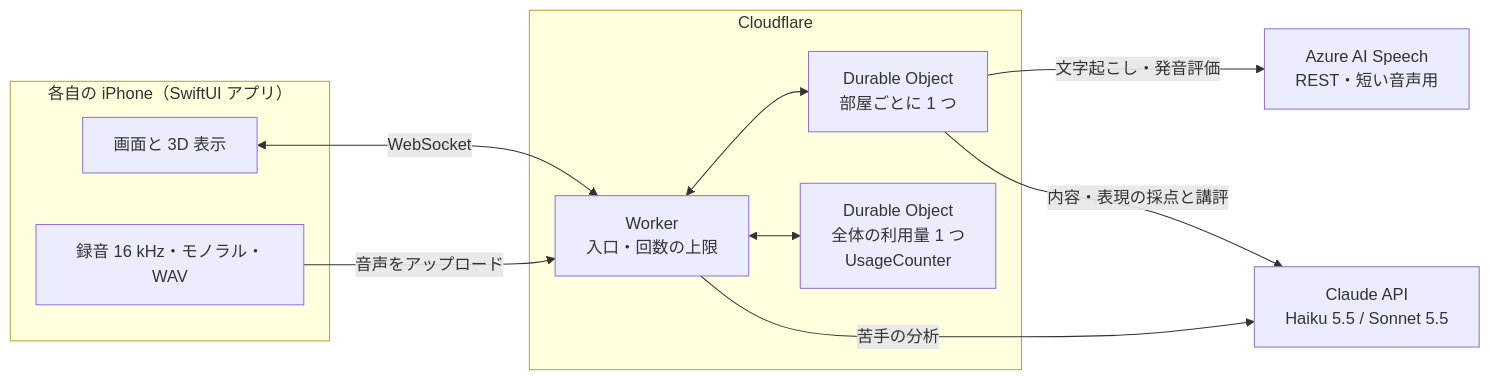
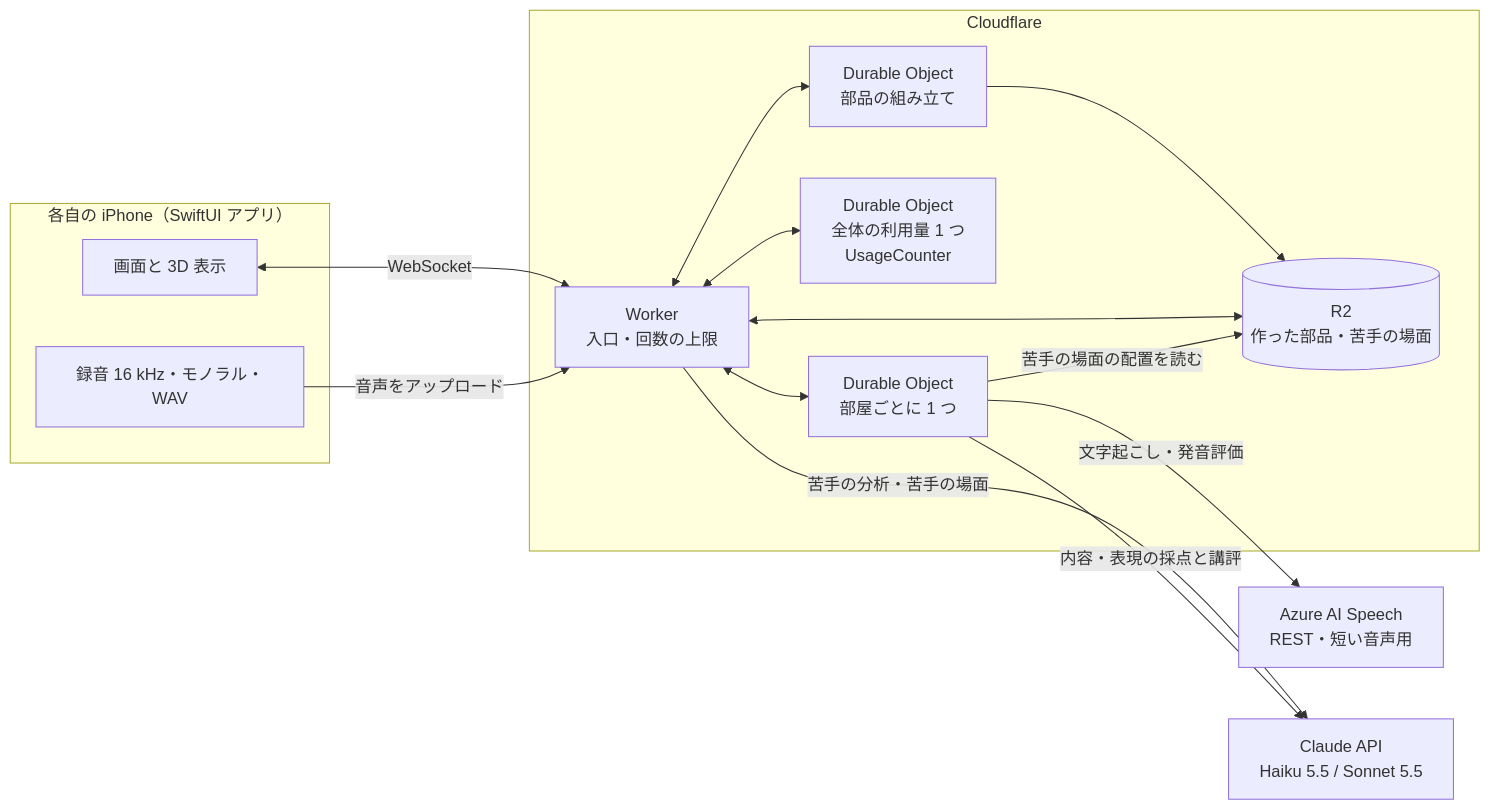
Before and after one commit to jphacks/ng_2622: the first of 2 diagrams in docs/design/architecture.md, drawn with Mermaid. The commit also changed other lines of this file and 8 other files, not shown here.

````diff
--- a/docs/design/architecture.md
+++ b/docs/design/architecture.md
@@ -7,21 +7,27 @@
 ```mermaid
 flowchart LR
   subgraph iPhone[各自の iPhone（SwiftUI アプリ）]
     UI[画面と 3D 表示]
     Rec[録音 16 kHz・モノラル・WAV]
   end
   subgraph CF[Cloudflare]
     W[Worker<br>入口・回数の上限]
     R[Durable Object<br>部屋ごとに 1 つ]
     G[Durable Object<br>全体の利用量 1 つ<br>UsageCounter]
+    P[Durable Object<br>部品の組み立て]
+    B[(R2<br>作った部品・苦手の場面)]
   end
   Az[Azure AI Speech<br>REST・短い音声用]
   Cl[Claude API<br>Haiku 5.5 / Sonnet 5.5]
   UI <-->|WebSocket| W
   Rec -->|音声をアップロード| W
   W <--> R
   W <--> G
-  W -->|苦手の分析| Cl
+  W -->|苦手の分析・苦手の場面| Cl
+  W <--> P
+  P --> B
+  W <--> B
+  R -->|苦手の場面の配置を読む| B
   R -->|文字起こし・発音評価| Az
   R -->|内容・表現の採点と講評| Cl
 ```
````
